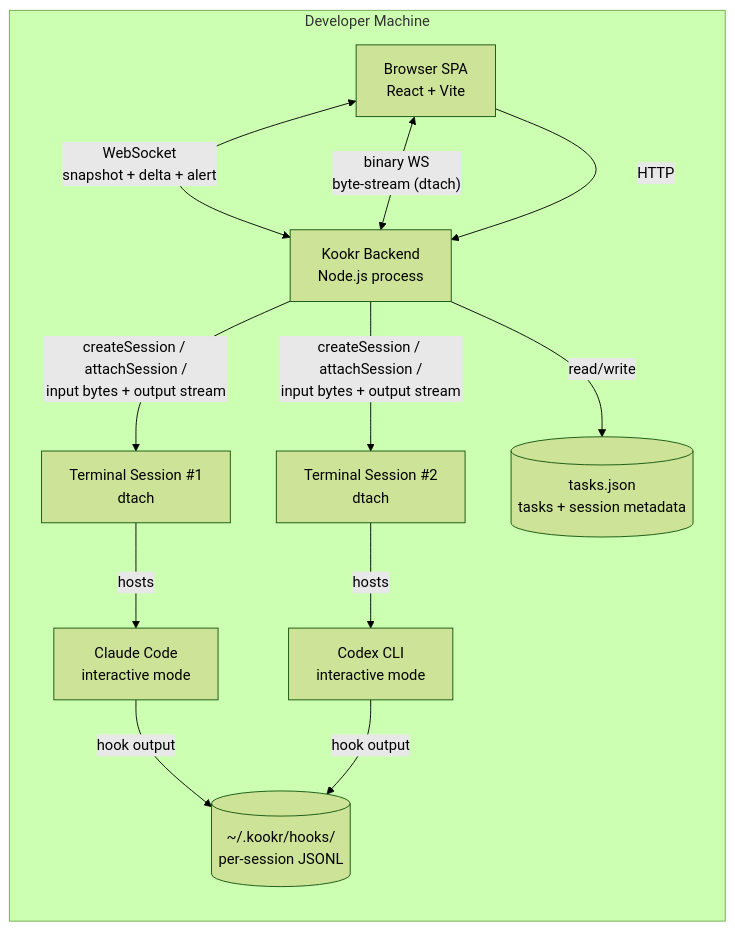
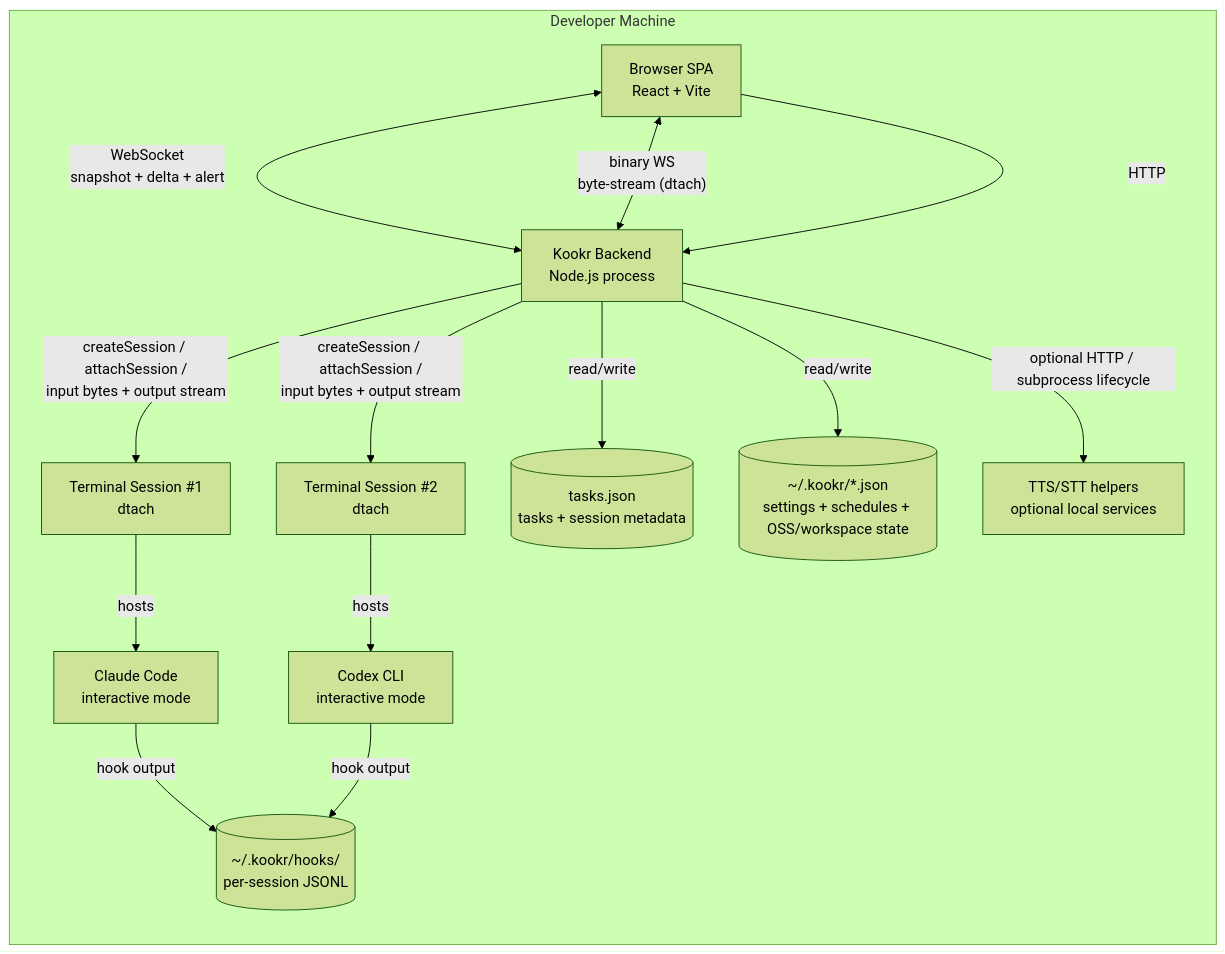
Before and after one commit to kookr-ai/kookr: the diagram in docs/system-models/03-container-view.md, drawn with Mermaid (forest theme). The commit also changed other lines of this file and 23 other files, not shown here.

Commit message:
docs: reconcile architecture models with implementation

````diff
--- a/docs/system-models/03-container-view.md
+++ b/docs/system-models/03-container-view.md
@@ -9,25 +9,29 @@
 ```mermaid
 flowchart LR
   subgraph Developer Machine
     Browser[Browser SPA<br/>React + Vite]
     Backend[Kookr Backend<br/>Node.js process]
     Term1[Terminal Session #1<br/>dtach]
     Term2[Terminal Session #2<br/>dtach]
     CC[Claude Code<br/>interactive mode]
     Codex[Codex CLI<br/>interactive mode]
     TasksFile[(tasks.json\ntasks + session metadata)]
+    StateFiles[(~/.kookr/*.json\nsettings + schedules + OSS/workspace state)]
     HooksDir[(~/.kookr/hooks/\nper-session JSONL)]
+    STT[TTS/STT helpers<br/>optional local services]
   end
 
   Browser <-->|"WebSocket<br/>snapshot + delta + alert"| Backend
   Browser <-->|"binary WS<br/>byte-stream (dtach)"| Backend
   Browser -->|"HTTP"| Backend
 
   Backend -->|"createSession / attachSession /<br/>input bytes + output stream"| Term1
   Backend -->|"createSession / attachSession /<br/>input bytes + output stream"| Term2
   Term1 -->|"hosts"| CC
   Term2 -->|"hosts"| Codex
   Backend -->|"read/write"| TasksFile
+  Backend -->|"read/write"| StateFiles
   CC -->|"hook output"| HooksDir
   Codex -->|"hook output"| HooksDir
+  Backend -->|"optional HTTP / subprocess lifecycle"| STT
 ```
````
